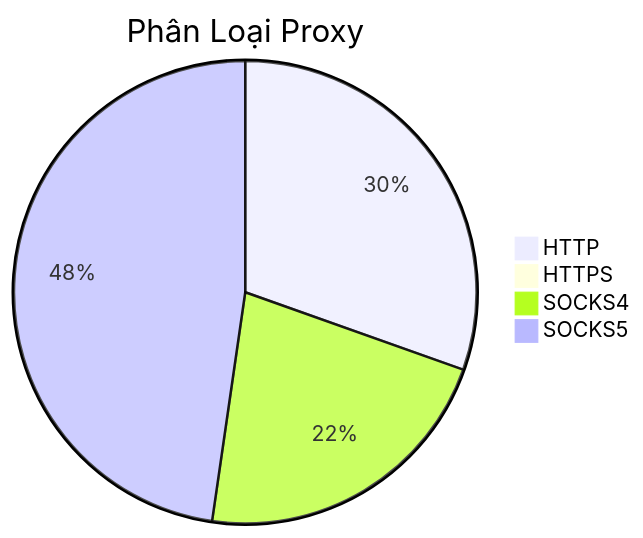
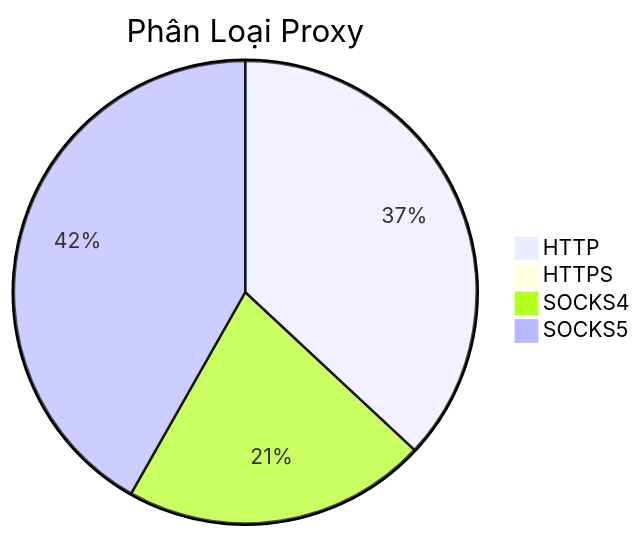
One commit to Ciara-12/PROXY-free changed the diagram in README.md. Above: the diagram before and after it, drawn with Mermaid. The commit also changed other lines of this file and 3 other files, not shown here.

````diff
--- a/README.md
+++ b/README.md
@@ -26,7 +26,7 @@
 ```mermaid
 pie title Phân Loại Proxy
-    "HTTP" : 458
+    "HTTP" : 655
     "HTTPS" : 1
-    "SOCKS4" : 329
-    "SOCKS5" : 718
+    "SOCKS4" : 377
+    "SOCKS5" : 741
 ```
````
